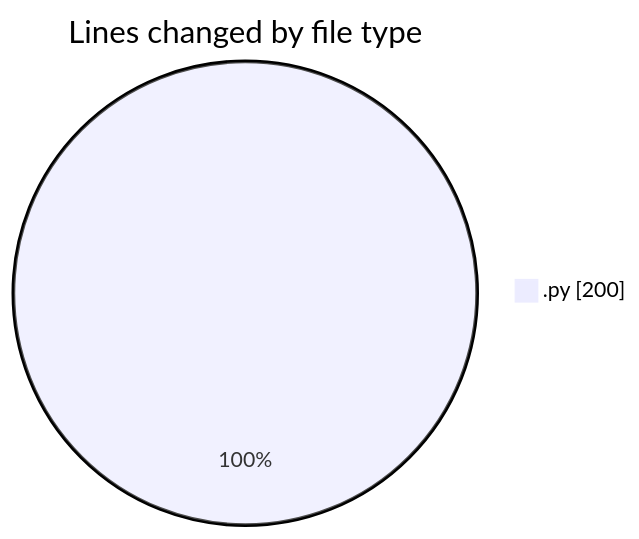
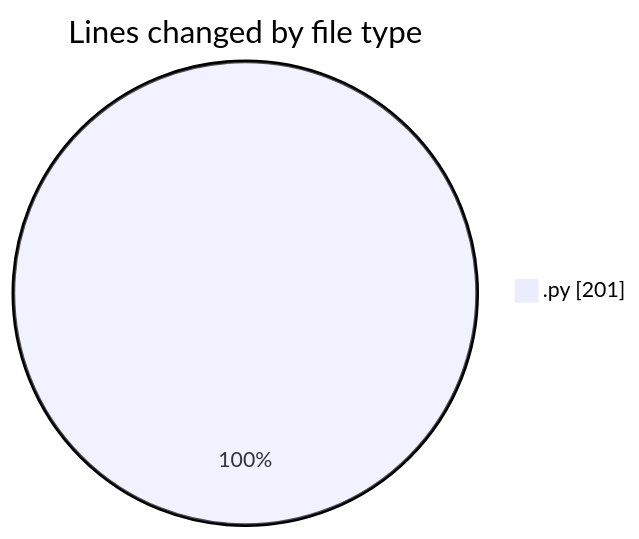
One commit to momahboobian/code-tracking changed the first of 2 diagrams in 2026-07-17/cda/README.md. Above: the diagram before and after it, drawn with Mermaid. The commit also changed other lines of this file and 1 other file, not shown here.

````diff
--- a/2026-07-17/cda/README.md
+++ b/2026-07-17/cda/README.md
@@ -20,5 +20,5 @@
 ```mermaid
 pie showData
 title Lines changed by file type
-".py" : 200
+".py" : 201
 ```
````
